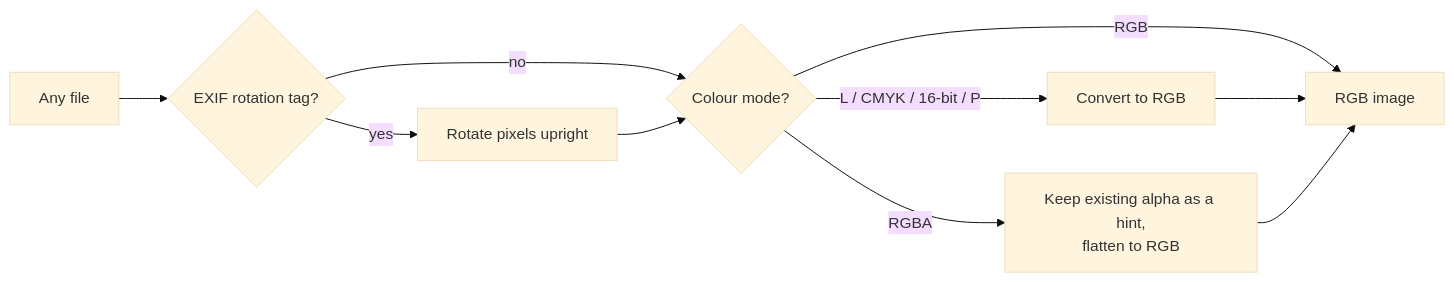
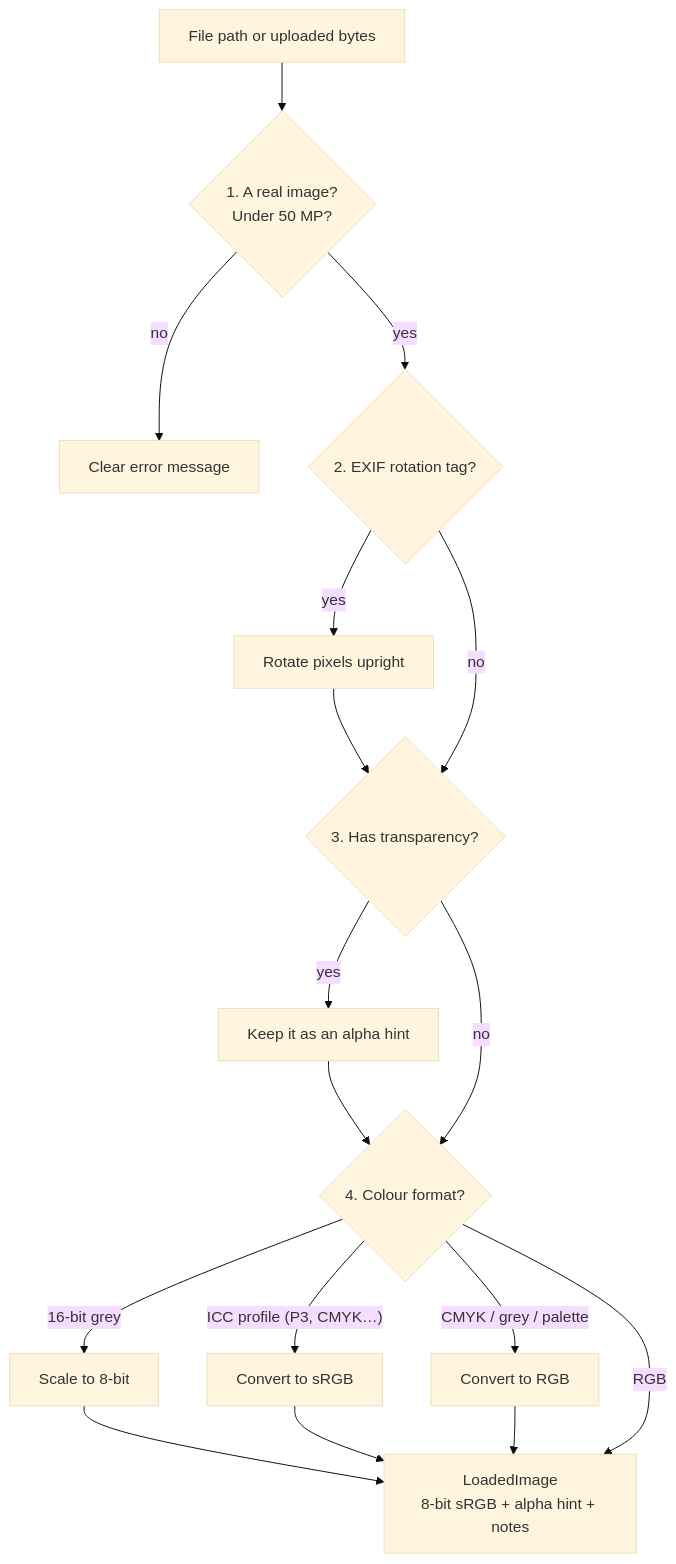
One commit to Maher-bouchrara/bg-changer-MODELIA changed the second of 6 diagrams in README.md. Above: the diagram before and after it, drawn with Mermaid (base theme). The commit also changed other lines of this file and 2 other files, not shown here.

First line of the commit message:
Use the real loader in predict_mask.py, document decisions 3.1 and 3.2

````diff
--- a/README.md
+++ b/README.md
@@ -95,10 +97,14 @@
 ```mermaid
-flowchart LR
-    A["Any file"] --> B{"EXIF rotation tag?"}
-    B -- yes --> C["Rotate pixels upright"]
-    B -- no --> D
-    C --> D{"Colour mode?"}
-    D -- "RGB" --> F["RGB image"]
-    D -- "L / CMYK / 16-bit / P" --> E["Convert to RGB"] --> F
-    D -- "RGBA" --> G["Keep existing alpha as a hint,<br/>flatten to RGB"] --> F
+flowchart TB
+    A["File path or uploaded bytes"] --> V{"1. A real image?<br/>Under 50 MP?"}
+    V -- no --> ERR["Clear error message"]
+    V -- yes --> R{"2. EXIF rotation tag?"}
+    R -- yes --> R2["Rotate pixels upright"] --> S
+    R -- no --> S{"3. Has transparency?"}
+    S -- yes --> S2["Keep it as an alpha hint"] --> C
+    S -- no --> C{"4. Colour format?"}
+    C -- "16-bit grey" --> C1["Scale to 8-bit"] --> OUT
+    C -- "ICC profile (P3, CMYK…)" --> C2["Convert to sRGB"] --> OUT
+    C -- "CMYK / grey / palette" --> C3["Convert to RGB"] --> OUT
+    C -- "RGB" --> OUT["LoadedImage<br/>8-bit sRGB + alpha hint + notes"]
 ```
````
